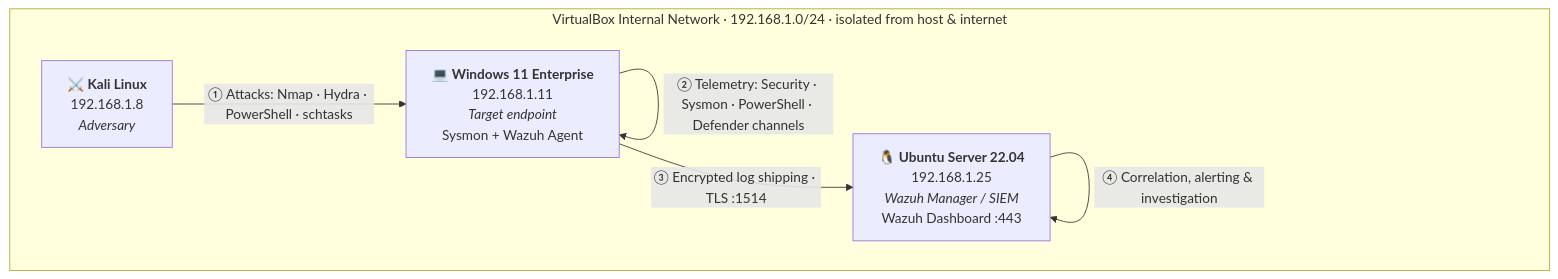
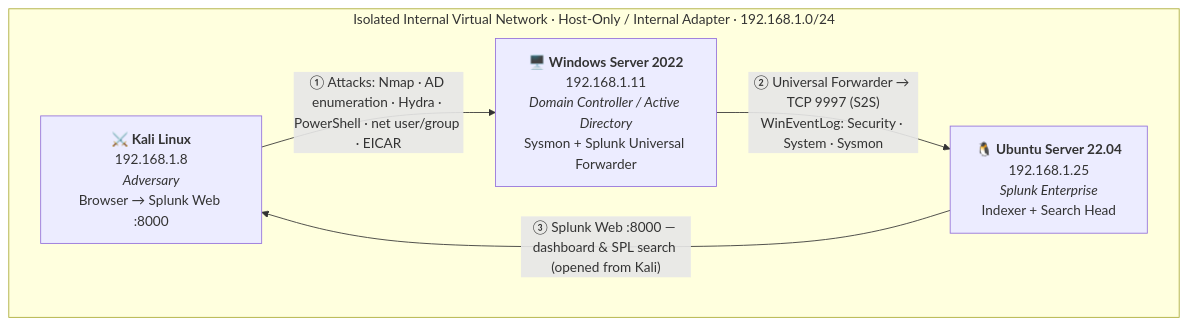
Before and after one commit to KHADERSHAREEF19/SOC-HOME_LAB: the diagram in README.md, drawn with Mermaid. The commit also changed other lines of this file and 33 other files, not shown here.

First line of the commit message:
Migrate repository from Wazuh to Splunk Enterprise + SPL

````diff
--- a/README.md
+++ b/README.md
@@ -68,13 +75,12 @@
 ```mermaid
 flowchart LR
-    subgraph lab ["VirtualBox Internal Network · 192.168.1.0/24 · isolated from host & internet"]
+    subgraph lab ["Isolated Internal Virtual Network · Host-Only / Internal Adapter · 192.168.1.0/24"]
         direction LR
-        K["<b>⚔️ Kali Linux</b><br>192.168.1.8<br><i>Adversary</i>"]
-        W["<b>💻 Windows 11 Enterprise</b><br>192.168.1.11<br><i>Target endpoint</i><br>Sysmon + Wazuh Agent"]
-        U["<b>🐧 Ubuntu Server 22.04</b><br>192.168.1.25<br><i>Wazuh Manager / SIEM</i><br>Wazuh Dashboard :443"]
+        K["<b>⚔️ Kali Linux</b><br>192.168.1.8<br><i>Adversary</i><br>Browser → Splunk Web :8000"]
+        W["<b>🖥️ Windows Server 2022</b><br>192.168.1.11<br><i>Domain Controller / Active Directory</i><br>Sysmon + Splunk Universal Forwarder"]
+        U["<b>🐧 Ubuntu Server 22.04</b><br>192.168.1.25<br><i>Splunk Enterprise</i><br>Indexer + Search Head"]
     end
-    K -->|"① Attacks: Nmap · Hydra · PowerShell · schtasks"| W
-    W -->|"② Telemetry: Security · Sysmon · PowerShell · Defender channels"| W
-    W -->|"③ Encrypted log shipping · TLS :1514"| U
-    U -->|"④ Correlation, alerting & investigation"| U
+    K -->|"① Attacks: Nmap · AD enumeration · Hydra · PowerShell · net user/group · EICAR"| W
+    W -->|"② Universal Forwarder → TCP 9997 (S2S)<br>WinEventLog: Security · System · Sysmon"| U
+    U -->|"③ Splunk Web :8000 — dashboard & SPL search (opened from Kali)"| K
 ```
````
